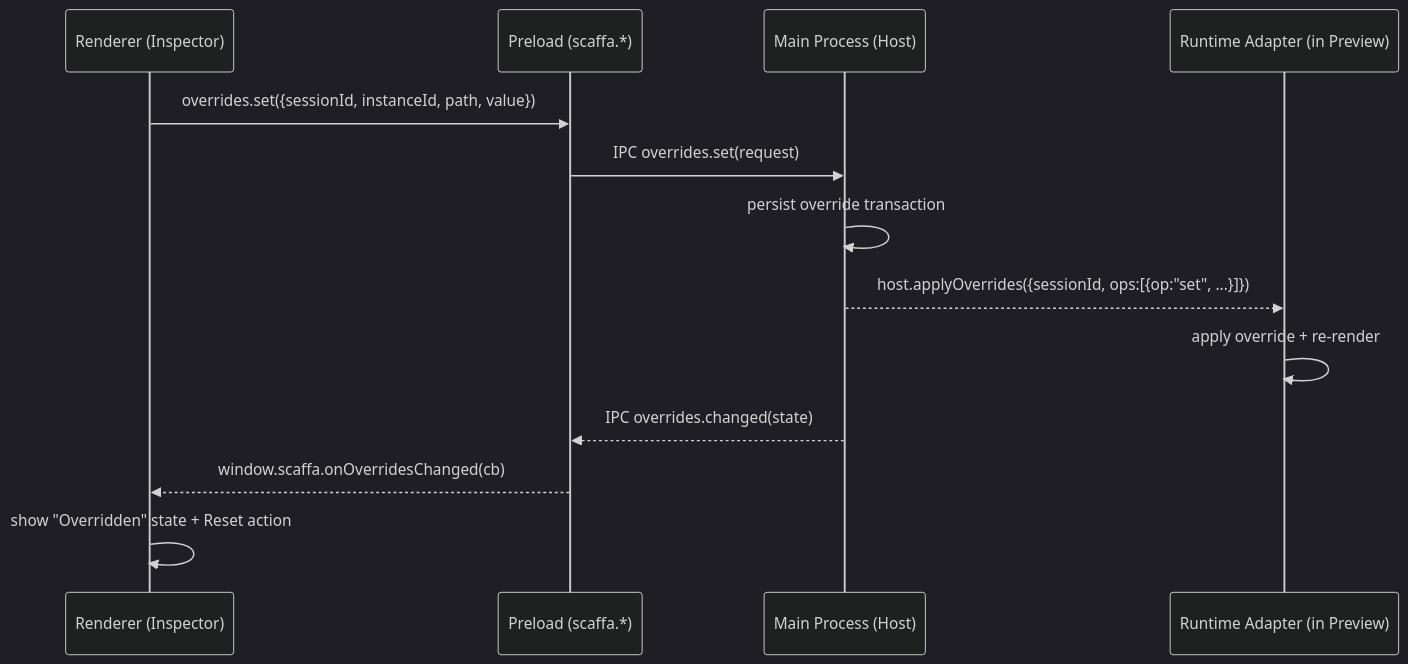
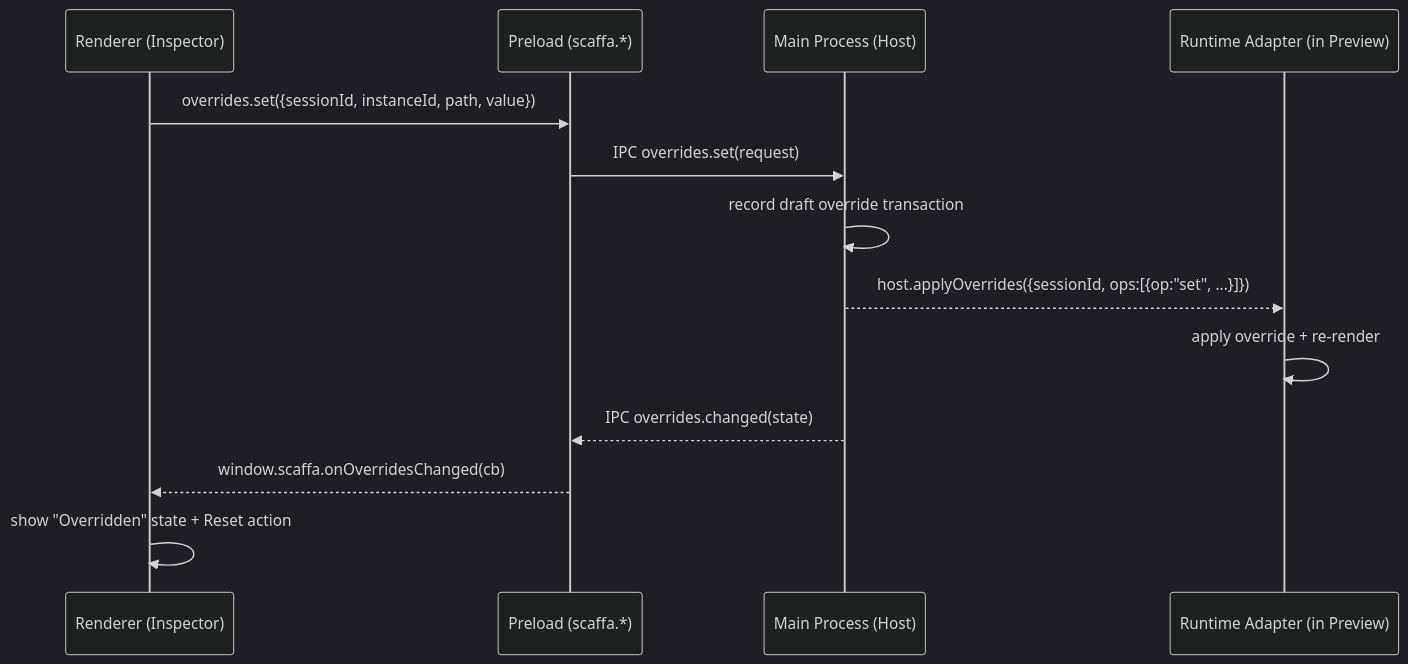
The fourth of 7 diagrams in docs/scaffa_ipc_boundaries_and_sequences.md (majtom2grndctrl/scaffa), drawn with Mermaid (dark theme) before and after one commit. The commit also changed other lines of this file and 6 other files, not shown here.

````diff
--- a/docs/scaffa_ipc_boundaries_and_sequences.md
+++ b/docs/scaffa_ipc_boundaries_and_sequences.md
@@ -98,16 +98,16 @@
 ```mermaid
 sequenceDiagram
   participant UI as Renderer (Inspector)
   participant PL as Preload (scaffa.*)
   participant Main as Main Process (Host)
   participant RT as Runtime Adapter (in Preview)
 
   UI->>PL: overrides.set({sessionId, instanceId, path, value})
   PL->>Main: IPC overrides.set(request)
-  Main->>Main: persist override transaction
+  Main->>Main: record draft override transaction
   Main-->>RT: host.applyOverrides({sessionId, ops:[{op:"set", ...}]})
   RT->>RT: apply override + re-render
   Main-->>PL: IPC overrides.changed(state)
   PL-->>UI: window.scaffa.onOverridesChanged(cb)
   UI->>UI: show "Overridden" state + Reset action
 ```
````
